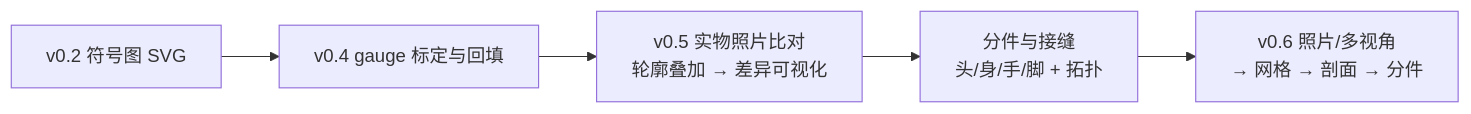
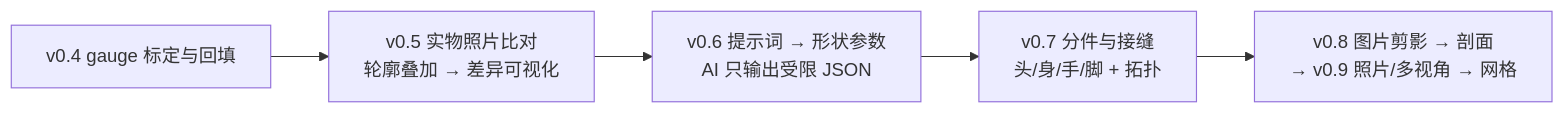
Before and after one commit to maidoufud-netizen/amigurumi-studio: the third of 3 diagrams in docs/architecture.md, drawn with Mermaid. The commit also changed other lines of this file and 6 other files, not shown here.

Commit message:
feat(chart): 图解可视化窗口 —— 环形符号图按拓扑定位每一针；45 项测试

````diff
--- a/docs/architecture.md
+++ b/docs/architecture.md
@@ -107,7 +107,7 @@
 ```mermaid
 flowchart LR
-  N1["v0.2 符号图 SVG"] --> N2["v0.4 gauge 标定与回填"]
-  N2 --> N3["v0.5 实物照片比对<br/>轮廓叠加 → 差异可视化"]
-  N3 --> N4["分件与接缝<br/>头/身/手/脚 + 拓扑"]
-  N4 --> N5["v0.6 照片/多视角<br/>→ 网格 → 剖面 → 分件"]
+  N1["v0.4 gauge 标定与回填"] --> N2["v0.5 实物照片比对<br/>轮廓叠加 → 差异可视化"]
+  N2 --> N3["v0.6 提示词 → 形状参数<br/>AI 只输出受限 JSON"]
+  N3 --> N4["v0.7 分件与接缝<br/>头/身/手/脚 + 拓扑"]
+  N4 --> N5["v0.8 图片剪影 → 剖面<br/>→ v0.9 照片/多视角 → 网格"]
 ```
````
